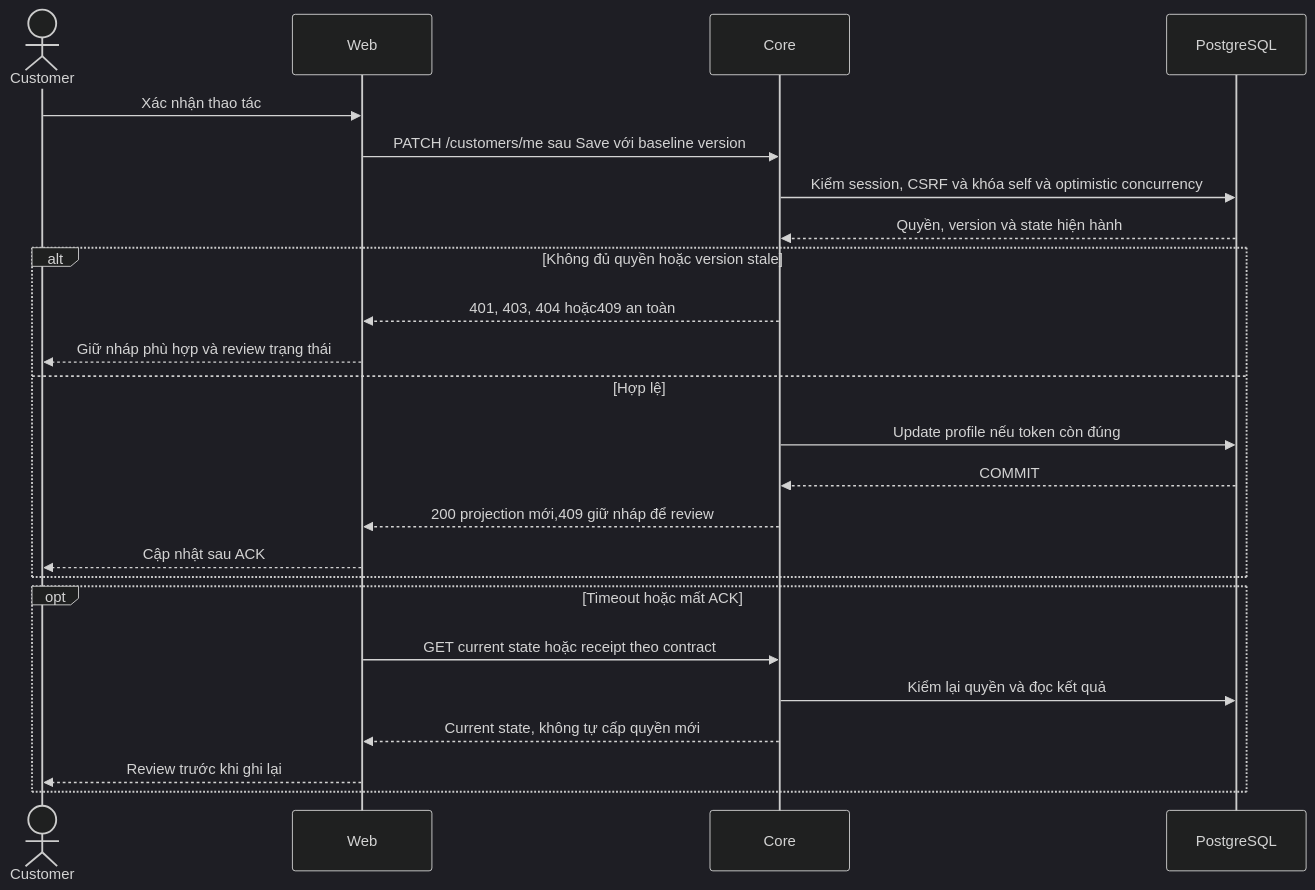
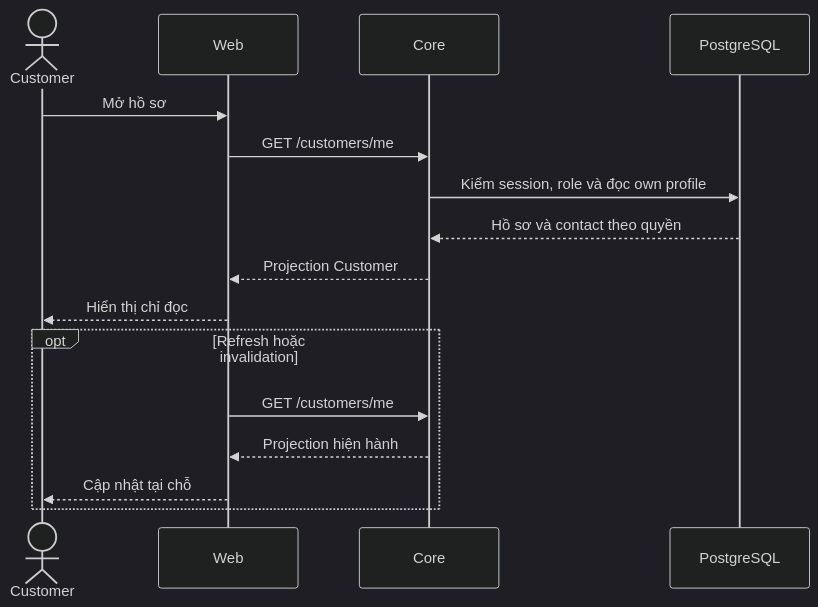
One commit to natuan05/LifeInsuranceAIAssistant changed the diagram in docs/ui/customer/plans/profile/02-profile-account-ui.md. Above: the diagram before and after it, drawn with Mermaid (dark theme). The commit also changed other lines of this file and 77 other files, not shown here.

````diff
--- a/docs/ui/customer/plans/profile/02-profile-account-ui.md
+++ b/docs/ui/customer/plans/profile/02-profile-account-ui.md
@@ -126,26 +34,18 @@
 ```mermaid
 sequenceDiagram
     actor U as Customer
     participant W as Web
     participant C as Core
     participant D as PostgreSQL
-    U->>W: Xác nhận thao tác
-    W->>C: PATCH /customers/me sau Save với baseline version
-    C->>D: Kiểm session, CSRF và khóa self và optimistic concurrency
-    D-->>C: Quyền, version và state hiện hành
-    alt Không đủ quyền hoặc version stale
-        C-->>W: 401, 403, 404 hoặc409 an toàn
-        W-->>U: Giữ nháp phù hợp và review trạng thái
-    else Hợp lệ
-        C->>D: Update profile nếu token còn đúng
-        D-->>C: COMMIT
-        C-->>W: 200 projection mới,409 giữ nháp để review
-        W-->>U: Cập nhật sau ACK
-    end
-    opt Timeout hoặc mất ACK
-        W->>C: GET current state hoặc receipt theo contract
-        C->>D: Kiểm lại quyền và đọc kết quả
-        C-->>W: Current state, không tự cấp quyền mới
-        W-->>U: Review trước khi ghi lại
+    U->>W: Mở hồ sơ
+    W->>C: GET /customers/me
+    C->>D: Kiểm session, role và đọc own profile
+    D-->>C: Hồ sơ và contact theo quyền
+    C-->>W: Projection Customer
+    W-->>U: Hiển thị chỉ đọc
+    opt Refresh hoặc invalidation
+        W->>C: GET /customers/me
+        C-->>W: Projection hiện hành
+        W-->>U: Cập nhật tại chỗ
     end
 ```
````
